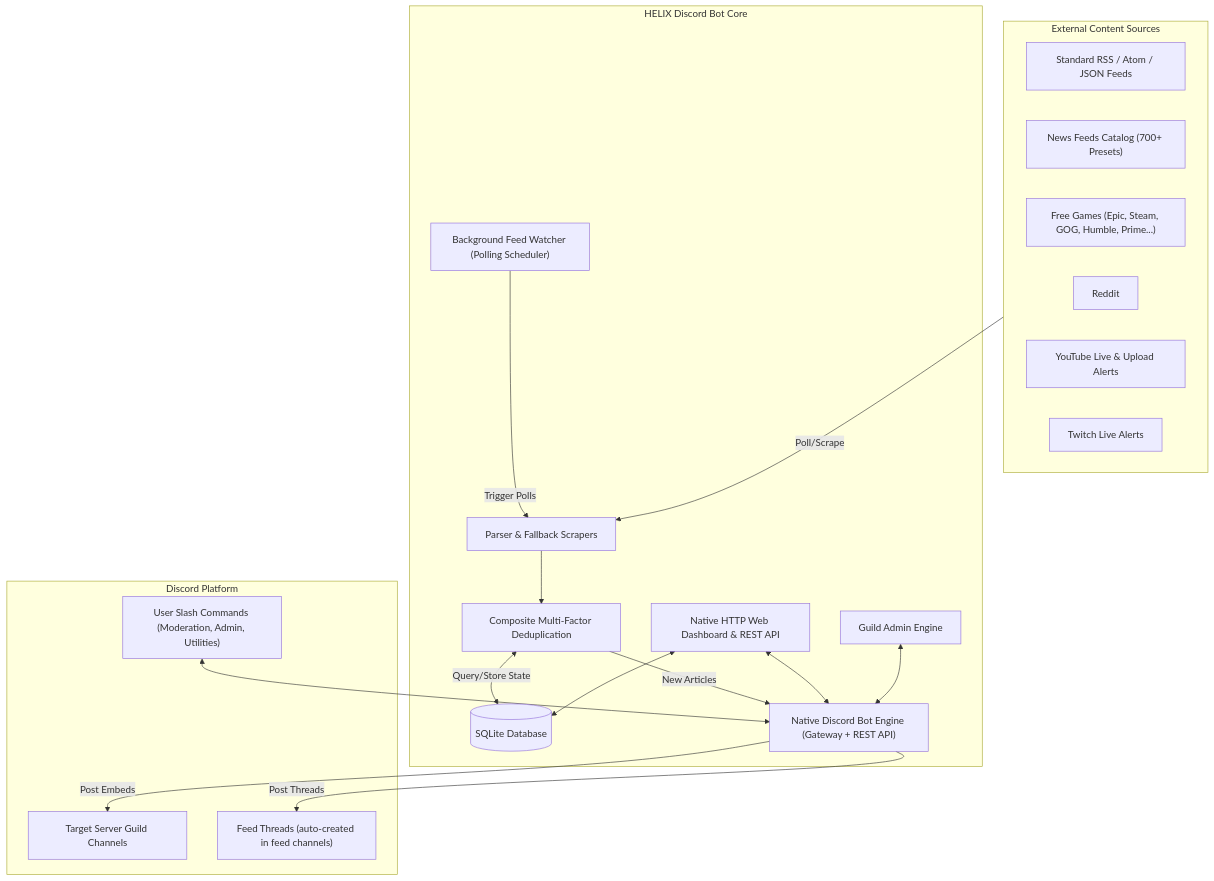
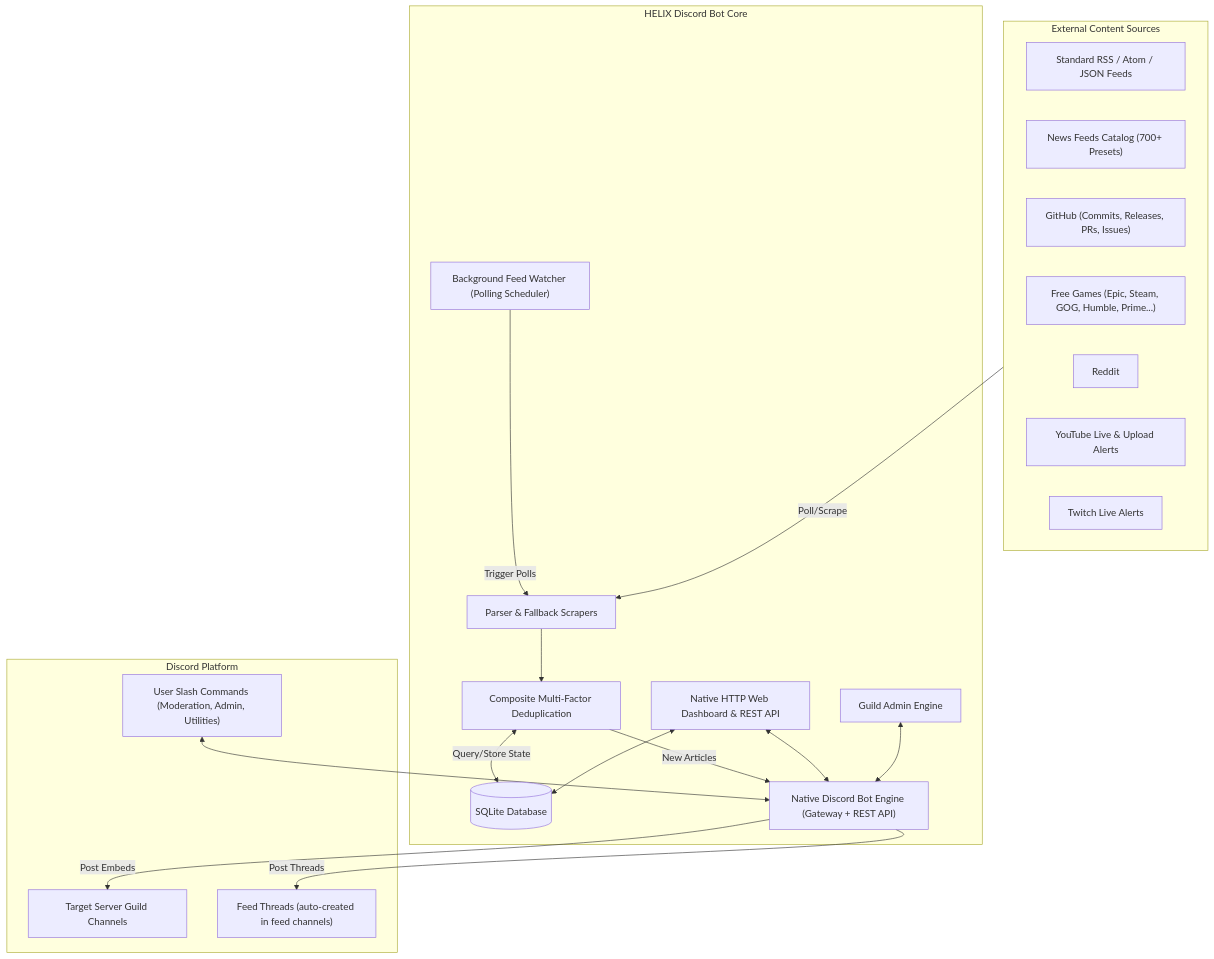
One commit to HELIX-Origin/HELIX-Discord-Bot changed the diagram in docs/README.md. Above: the diagram before and after it, drawn with Mermaid. The commit also changed other lines of this file and 16 other files, not shown here.

Commit message:
feat(feeds): add GitHub repository feeds with GitLog embeds, zero API keys, and real-time webhook support

````diff
--- a/docs/README.md
+++ b/docs/README.md
@@ -33,39 +34,40 @@
 ```mermaid
 flowchart TD
     subgraph Sources["External Content Sources"]
         RSS["Standard RSS / Atom / JSON Feeds"]
         News["News Feeds Catalog (700+ Presets)"]
+        GitHub["GitHub (Commits, Releases, PRs, Issues)"]
         Games["Free Games (Epic, Steam, GOG, Humble, Prime...)"]
         Social["Reddit"]
         YouTube["YouTube Live & Upload Alerts"]
         Twitch["Twitch Live Alerts"]
     end
 
     subgraph CoreEngine["HELIX Discord Bot Core"]
         Watcher["Background Feed Watcher (Polling Scheduler)"]
         Parser["Parser & Fallback Scrapers"]
         Dedup["Composite Multi-Factor Deduplication"]
         DB[("SQLite Database")]
         Bot["Native Discord Bot Engine (Gateway + REST API)"]
         Web["Native HTTP Web Dashboard & REST API"]
         Admin["Guild Admin Engine"]
     end
 
     subgraph Discord["Discord Platform"]
         Channels["Target Server Guild Channels"]
         Threads["Feed Threads (auto-created in feed channels)"]
         SlashCmd["User Slash Commands (Moderation, Admin, Utilities)"]
     end
 
     Sources -->|Poll/Scrape| Parser
     Watcher -->|Trigger Polls| Parser
     Parser --> Dedup
     Dedup <-->|Query/Store State| DB
     Dedup -->|New Articles| Bot
     Bot -->|Post Embeds| Channels
     Bot -->|Post Threads| Threads
     SlashCmd <--> Bot
     Web <--> DB
     Web <--> Bot
     Admin <--> Bot
 ```
````
